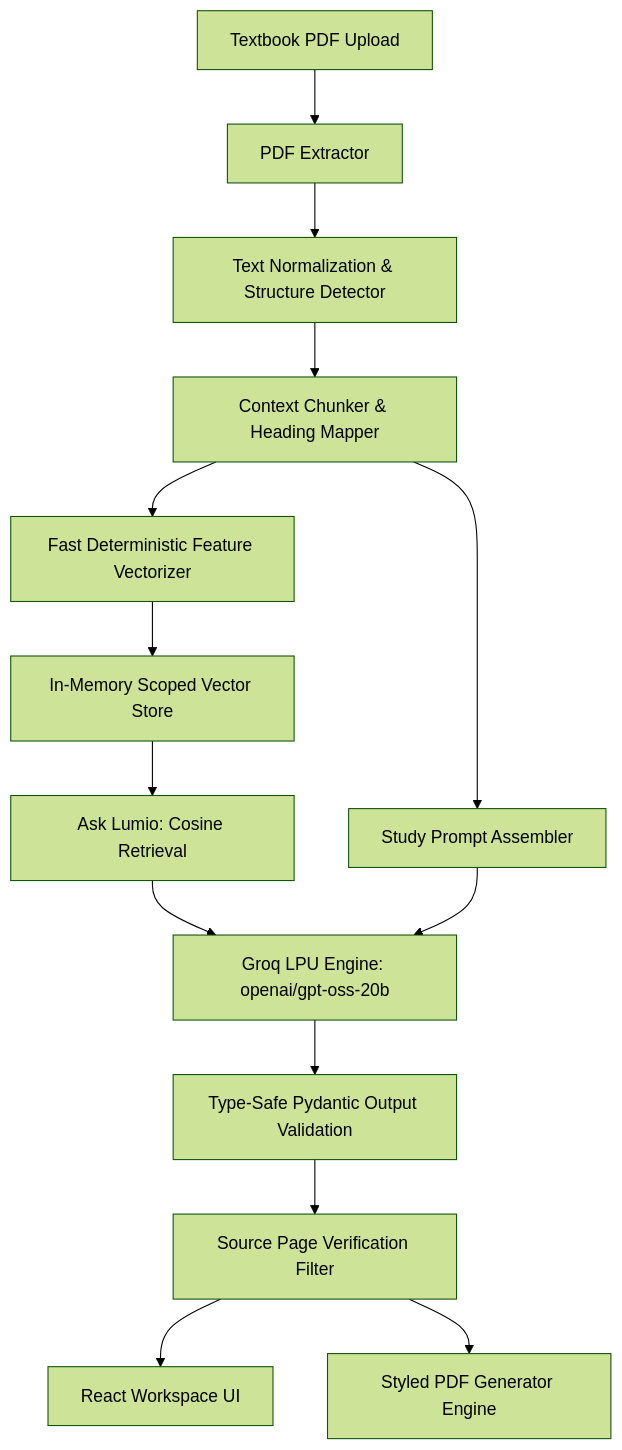
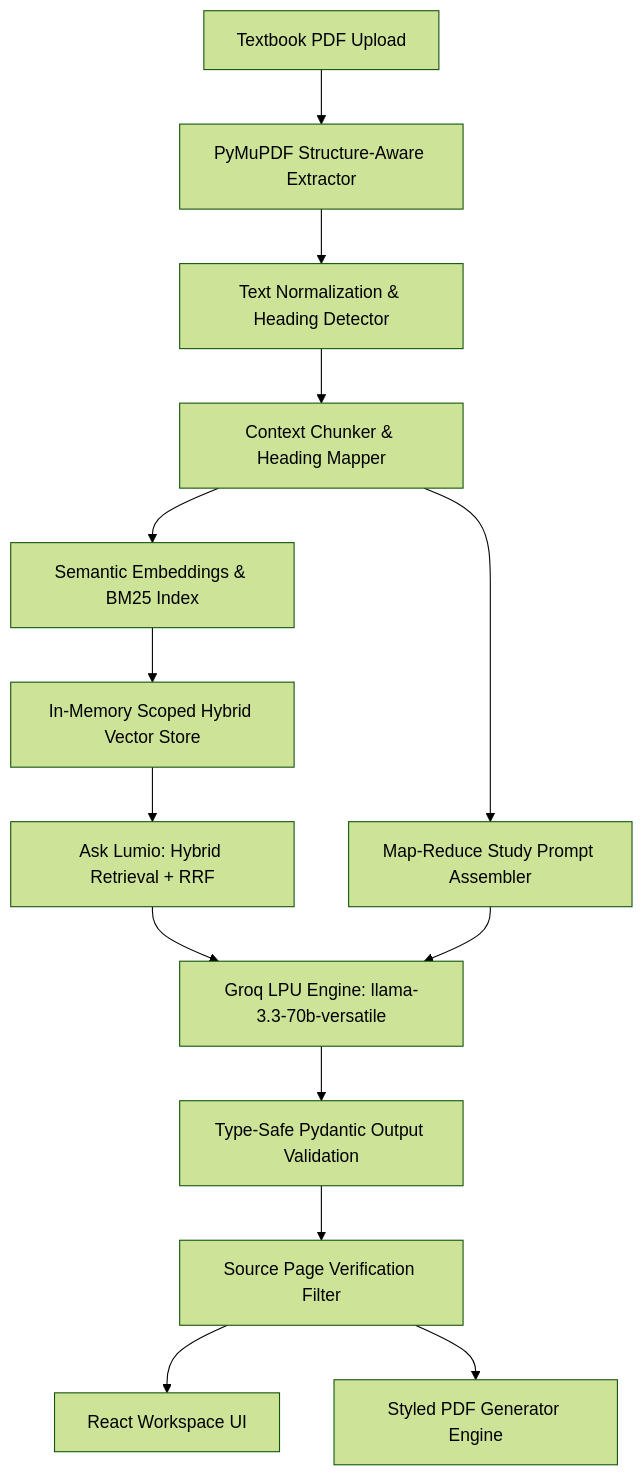
Before and after one commit to chetanaybuilder/Lumio: the diagram in README.md, drawn with Mermaid (forest theme). The commit also changed other lines of this file and 26 other files, not shown here.

````diff
--- a/README.md
+++ b/README.md
@@ -46,19 +46,19 @@
 ```mermaid
 graph TD
-    A[Textbook PDF Upload] --> B[PDF Extractor]
-    B --> C[Text Normalization & Structure Detector]
+    A[Textbook PDF Upload] --> B[PyMuPDF Structure-Aware Extractor]
+    B --> C[Text Normalization & Heading Detector]
     C --> D[Context Chunker & Heading Mapper]
-    D --> E[Fast Deterministic Feature Vectorizer]
-    E --> F[In-Memory Scoped Vector Store]
+    D --> E[Semantic Embeddings & BM25 Index]
+    E --> F[In-Memory Scoped Hybrid Vector Store]
     
-    F --> G[Ask Lumio: Cosine Retrieval]
-    D --> H[Study Prompt Assembler]
+    F --> G[Ask Lumio: Hybrid Retrieval + RRF]
+    D --> H[Map-Reduce Study Prompt Assembler]
     
-    G --> I[Groq LPU Engine: openai/gpt-oss-20b]
-    H --> I[Groq LPU Engine: openai/gpt-oss-20b]
+    G --> I[Groq LPU Engine: llama-3.3-70b-versatile]
+    H --> I[Groq LPU Engine: llama-3.3-70b-versatile]
     
     I --> J[Type-Safe Pydantic Output Validation]
     J --> K[Source Page Verification Filter]
     K --> L[React Workspace UI]
     K --> M[Styled PDF Generator Engine]
 ```
````
